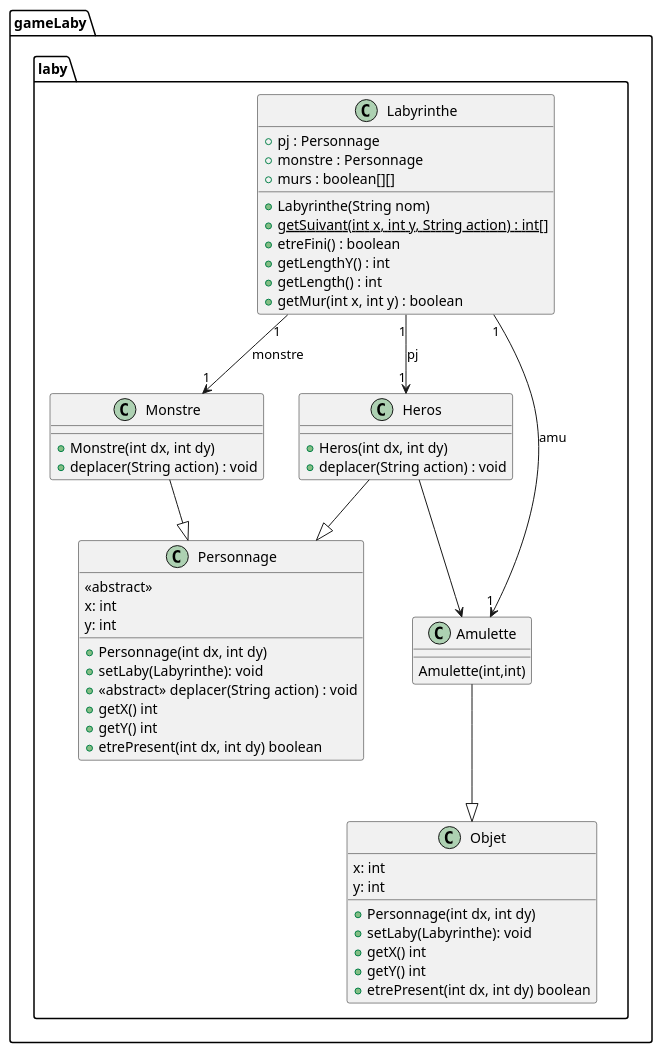
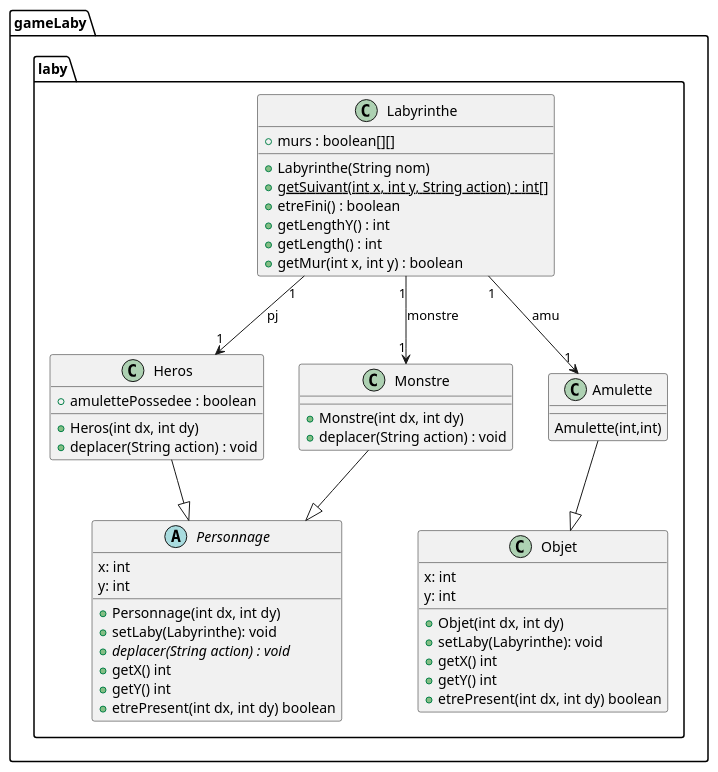
Before and after one commit to crochetremi/2025_Zeldiablo2_e20157u_e82008u_e89209u_e26078u: the diagram in documents/version_4/DC_LabyAmulette.puml, drawn with PlantUML. The commit also changed 2 other files, not shown here.

Commit message:
modification diagramme uml

```diff
--- a/documents/version_4/DC_LabyAmulette.puml
+++ b/documents/version_4/DC_LabyAmulette.puml
@@ -1,154 +1,152 @@
 @startuml
 
 
 package "gameLaby.laby" {
 
     /'interface Jeu {
             +update(double secondes, Clavier clavier) : void
             +etreFini() : boolean
     }'/
 
     /'class Main {
         +{static} main(String[] args) : void
     }'/
 
     /'class MainLaby {
         +{static} main(String[] args) : void
     }'/
 
     /'class LabyJeu {
         '+laby : Labyrinthe
         +perso : Personnage
         +monstre : Personnage
         +LabyJeu():
         +LabyJeu(String):
         +update(double secondes, Clavier clavier) : void
         +init() : void
         +etreFini() : boolean
     }'/
 
     /'class LabyDessin {
         +dessinerJeu(Jeu jeu, Canvas canvas) : void
     }'/
 
     class Labyrinthe {
         /'
         +{static} MUR : char = 'X'
         +{static} PJ : char = 'P'
         +{static} M : char = 'M'
         +{static} VIDE : char = '.'
         +{static} HAUT : String = "Haut"
         +{static} BAS : String = "Bas"
         +{static} GAUCHE : String = "Gauche"
         +{static} DROITE : String = "Droite"
         '/
-        +pj : Personnage
-        +monstre : Personnage
         +murs : boolean[][]
         +Labyrinthe(String nom)
         +{static} getSuivant(int x, int y, String action) : int[]
         +etreFini() : boolean
         +getLengthY() : int
         +getLength() : int
         +getMur(int x, int y) : boolean
     }
 
-        class Personnage {
-            <<abstract>>
+        abstract class Personnage {
             x: int
             y: int
             +Personnage(int dx, int dy)
             +setLaby(Labyrinthe): void
-            +<<abstract>> deplacer(String action) : void
+            +{abstract} deplacer(String action) : void
             +getX() int
             +getY() int
             +etrePresent(int dx, int dy) boolean
         }
 
 
     class Heros {
+        + amulettePossedee : boolean
         +Heros(int dx, int dy)
         +deplacer(String action) : void
     }
 
     class Monstre {
         +Monstre(int dx, int dy)
         +deplacer(String action) : void
     }
 
     class Objet{
         x: int
         y: int
-        +Personnage(int dx, int dy)
+        +Objet(int dx, int dy)
         +setLaby(Labyrinthe): void
         +getX() int
         +getY() int
         +etrePresent(int dx, int dy) boolean
     }
 
     class Amulette{
         Amulette(int,int)
     }
 
 }
 
 package "moteurJeu" {
     interface Jeu {
         +update(double secondes, Clavier clavier) : void
         +etreFini() : boolean
     }
 
     interface DessinJeu {
         +dessinerJeu(Jeu jeu, Canvas canvas) : void
     }
 
     class Clavier {
         +bas : boolean
         +haut : boolean
         +gauche : boolean
         +droite : boolean
     }
 
     class MoteurJeu {
         +{static} setTaille(int width, int height) : void
         +{static} setFPS(int fps) : void
         +{static} launch(Jeu jeu, DessinJeu dessin) : void
     }
 }
 
 ' Relations
 /'Jeu <|.. LabyJeu
 DessinJeu <|.. LabyDessin
 
 Labyrinthe --> Monstre
 Labyrinthe --> Heros
 
 
 LabyJeu --> Labyrinthe : contains
 Personnage <|-- Heros
 Personnage <|-- Monstre
 Labyrinthe --> Personnage
 
 
 Main ..> Labyrinthe : uses
 MainLaby ..> LabyJeu : creates
 MainLaby ..> LabyDessin : creates
 MainLaby ..> MoteurJeu : uses
 
 LabyJeu ..> Clavier : uses
 LabyDessin ..> LabyJeu : uses
 '/
 
 Labyrinthe "1" --> "1" Monstre : monstre
 Labyrinthe "1" --> "1" Heros : pj
 Labyrinthe "1" --> "1" Amulette : amu
 
 Heros --|> Personnage
 Monstre --|> Personnage
 Amulette --|> Objet
 
-Heros --> Amulette
+
 
 remove moteurJeu
 
 @enduml
```
